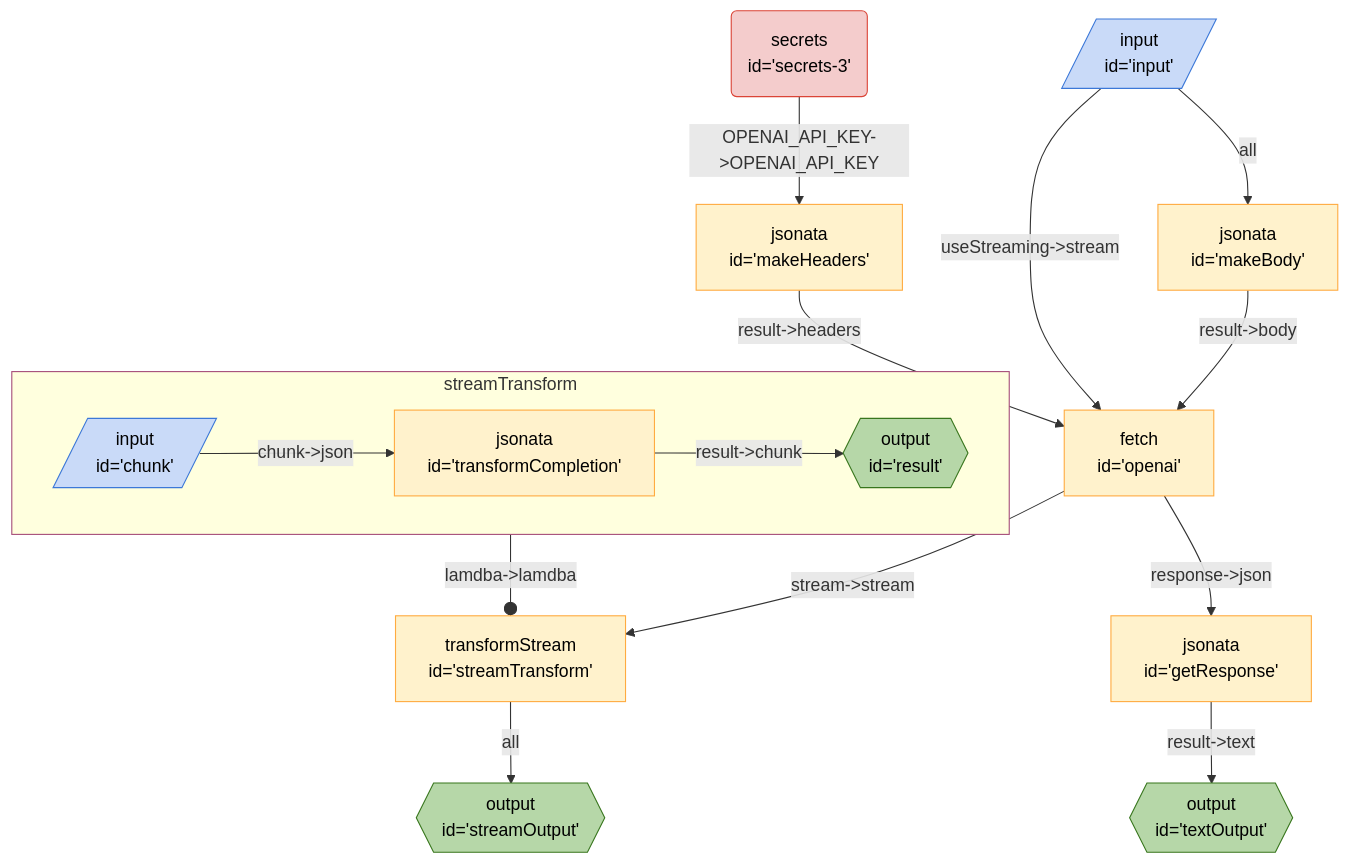
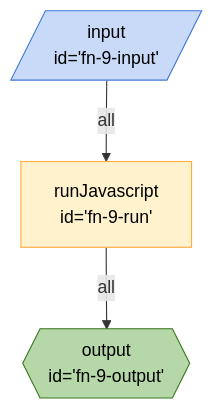
The diagram in packages/breadboard-web/docs/graphs/openai-gpt-4-vision.md (breadboard-ai/breadboard), drawn with Mermaid before and after one commit. The commit also changed 43 other files, not shown here.

````diff
--- a/packages/breadboard-web/docs/graphs/openai-gpt-4-vision.md
+++ b/packages/breadboard-web/docs/graphs/openai-gpt-4-vision.md
@@ -3,27 +3,14 @@
 ```mermaid
 %%{init: 'themeVariables': { 'fontFamily': 'Fira Code, monospace' }}%%
 graph TD;
-streamTransform["transformStream <br> id='streamTransform'"] -- all --> streamOutput{{"output <br> id='streamOutput'"}}:::output
-subgraph sg_streamTransform [streamTransform]
-streamTransform_transformCompletion["jsonata <br> id='transformCompletion'"] -- "result->chunk" --> streamTransform_result{{"output <br> id='result'"}}:::output
-streamTransform_chunk[/"input <br> id='chunk'"/]:::input -- "chunk->json" --> streamTransform_transformCompletion["jsonata <br> id='transformCompletion'"]
-end
-sg_streamTransform:::slotted -- "lamdba->lamdba" --o streamTransform
-
-openai["fetch <br> id='openai'"] -- "response->json" --> getResponse["jsonata <br> id='getResponse'"]
-openai["fetch <br> id='openai'"] -- "stream->stream" --> streamTransform["transformStream <br> id='streamTransform'"]
-input[/"input <br> id='input'"/]:::input -- all --> makeBody["jsonata <br> id='makeBody'"]
-input[/"input <br> id='input'"/]:::input -- "useStreaming->stream" --> openai["fetch <br> id='openai'"]
-makeHeaders["jsonata <br> id='makeHeaders'"] -- "result->headers" --> openai["fetch <br> id='openai'"]
-makeBody["jsonata <br> id='makeBody'"] -- "result->body" --> openai["fetch <br> id='openai'"]
-getResponse["jsonata <br> id='getResponse'"] -- "result->text" --> textOutput{{"output <br> id='textOutput'"}}:::output
-secrets3("secrets <br> id='secrets-3'"):::secrets -- "OPENAI_API_KEY->OPENAI_API_KEY" --> makeHeaders["jsonata <br> id='makeHeaders'"]
+fn9input[/"input <br> id='fn-9-input'"/]:::input -- all --> fn9run["runJavascript <br> id='fn-9-run'"]
+fn9run["runJavascript <br> id='fn-9-run'"] -- all --> fn9output{{"output <br> id='fn-9-output'"}}:::output
 classDef default stroke:#ffab40,fill:#fff2ccff,color:#000
 classDef input stroke:#3c78d8,fill:#c9daf8ff,color:#000
 classDef output stroke:#38761d,fill:#b6d7a8ff,color:#000
 classDef passthrough stroke:#a64d79,fill:#ead1dcff,color:#000
 classDef slot stroke:#a64d79,fill:#ead1dcff,color:#000
 classDef config stroke:#a64d79,fill:#ead1dcff,color:#000
 classDef secrets stroke:#db4437,fill:#f4cccc,color:#000
 classDef slotted stroke:#a64d79
 ```
````
